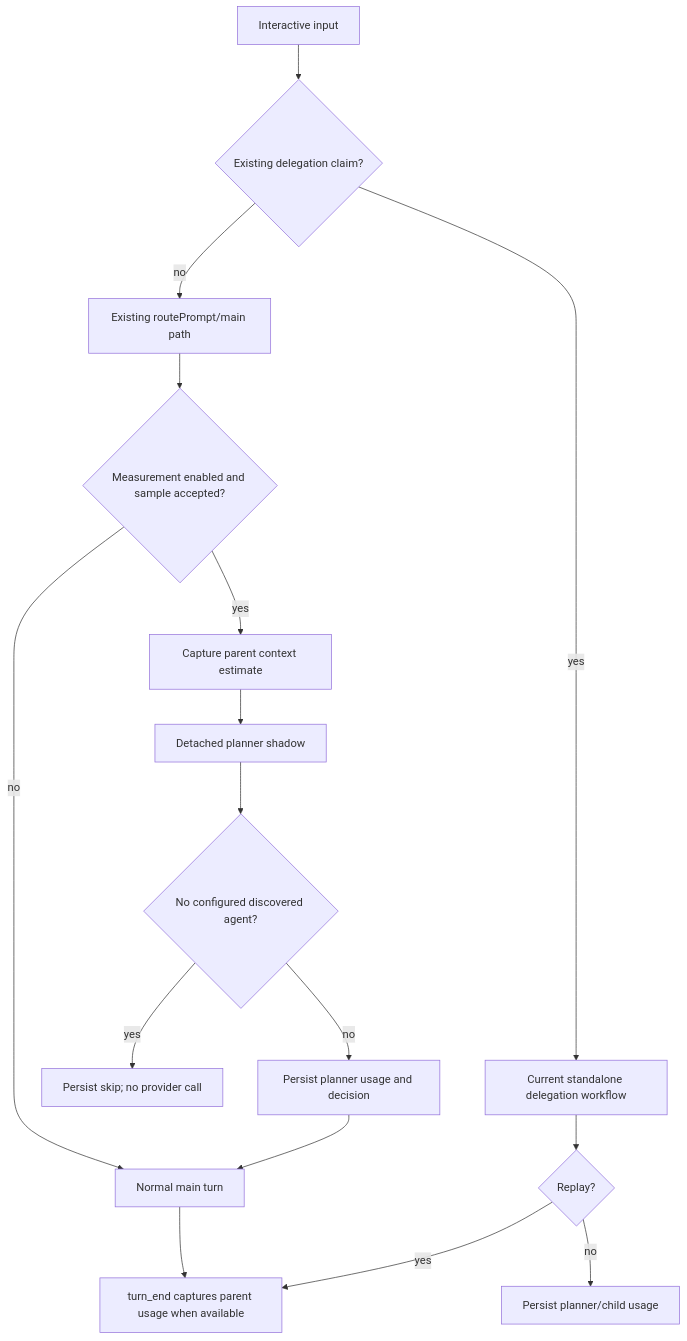
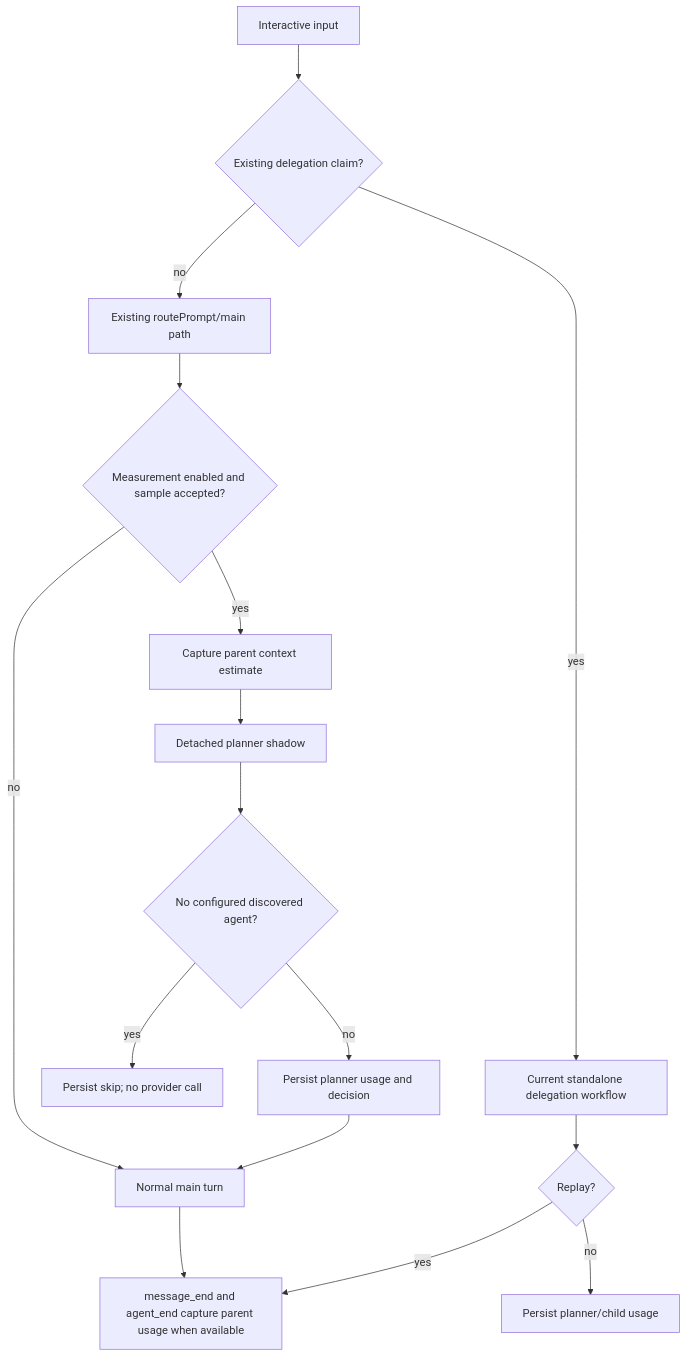
One commit to jack60612/effort-aware-model-router changed the diagram in docs/superpowers/specs/2026-08-03-cache-aware-measurement-design.md. Above: the diagram before and after it, drawn with Mermaid. The commit also changed other lines of this file, not shown here.

Commit message:
docs: use safe parent usage correlation

````diff
--- a/docs/superpowers/specs/2026-08-03-cache-aware-measurement-design.md
+++ b/docs/superpowers/specs/2026-08-03-cache-aware-measurement-design.md
@@ -67,18 +67,18 @@
 ```mermaid
 flowchart TD
     A[Interactive input] --> B{Existing delegation claim?}
     B -- yes --> C[Current standalone delegation workflow]
     B -- no --> D[Existing routePrompt/main path]
     D --> E{Measurement enabled and sample accepted?}
     E -- no --> M[Normal main turn]
     E -- yes --> F[Capture parent context estimate]
     F --> G[Detached planner shadow]
     G --> H{No configured discovered agent?}
     H -- yes --> I[Persist skip; no provider call]
     H -- no --> J[Persist planner usage and decision]
     J --> M
-    M --> K[turn_end captures parent usage when available]
+    M --> K[message_end and agent_end capture parent usage when available]
     C --> L{Replay?}
     L -- yes --> K
     L -- no --> N[Persist planner/child usage]
 ```
````
